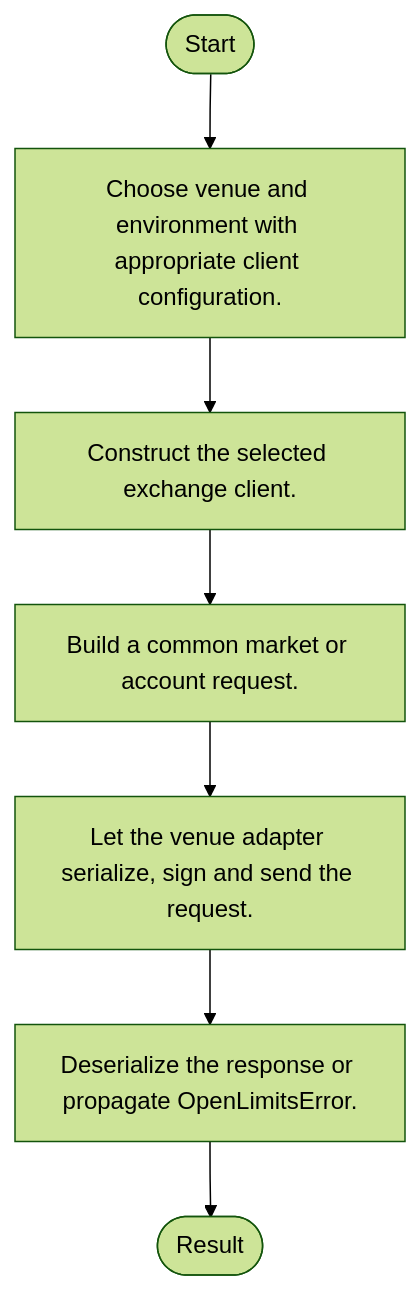
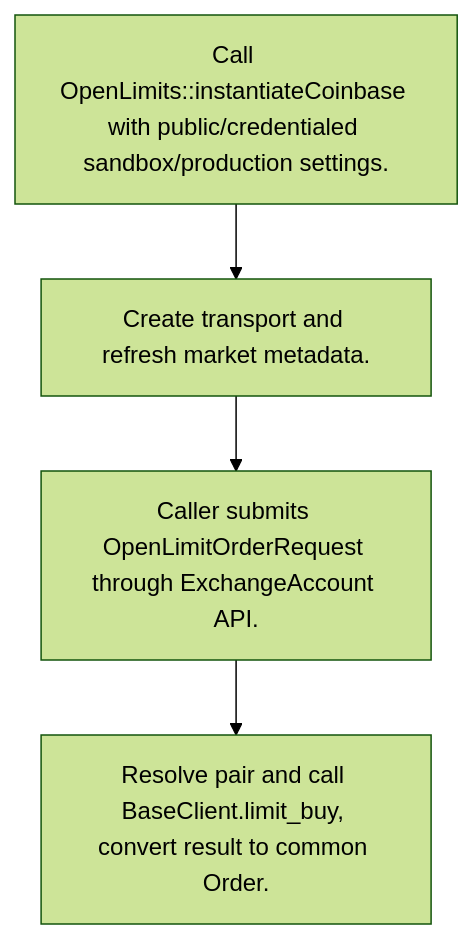
One commit to alexcwyu/openlimits changed the third of 4 diagrams in docs/ayu-develop.md. Above: the diagram before and after it, drawn with Mermaid (forest theme). The commit also changed other lines of this file and 13 other files, not shown here.

Commit message:
docs: standardize source-reviewed system guides and offline diagrams

````diff
--- a/docs/ayu-develop.md
+++ b/docs/ayu-develop.md
@@ -85,15 +151,10 @@
 ```mermaid
 flowchart TD
-  Start(["Start"])
-  W0["Choose venue and environment with appropriate client configuration."]
-  W1["Construct the selected exchange client."]
-  W2["Build a common market or account request."]
-  W3["Let the venue adapter serialize, sign and send the request."]
-  W4["Deserialize the response or propagate OpenLimitsError."]
-  Start --> W0
+  W0["Call OpenLimits::instantiateCoinbase with public/credentialed sandbox/production settings."]
+  W1["Create transport and refresh market metadata."]
   W0 --> W1
+  W2["Caller submits OpenLimitOrderRequest through ExchangeAccount API."]
   W1 --> W2
+  W3["Resolve pair and call BaseClient.limit_buy, convert result to common Order."]
   W2 --> W3
-  W3 --> W4
-  W4 --> Finish(["Result"])
 ```
````
